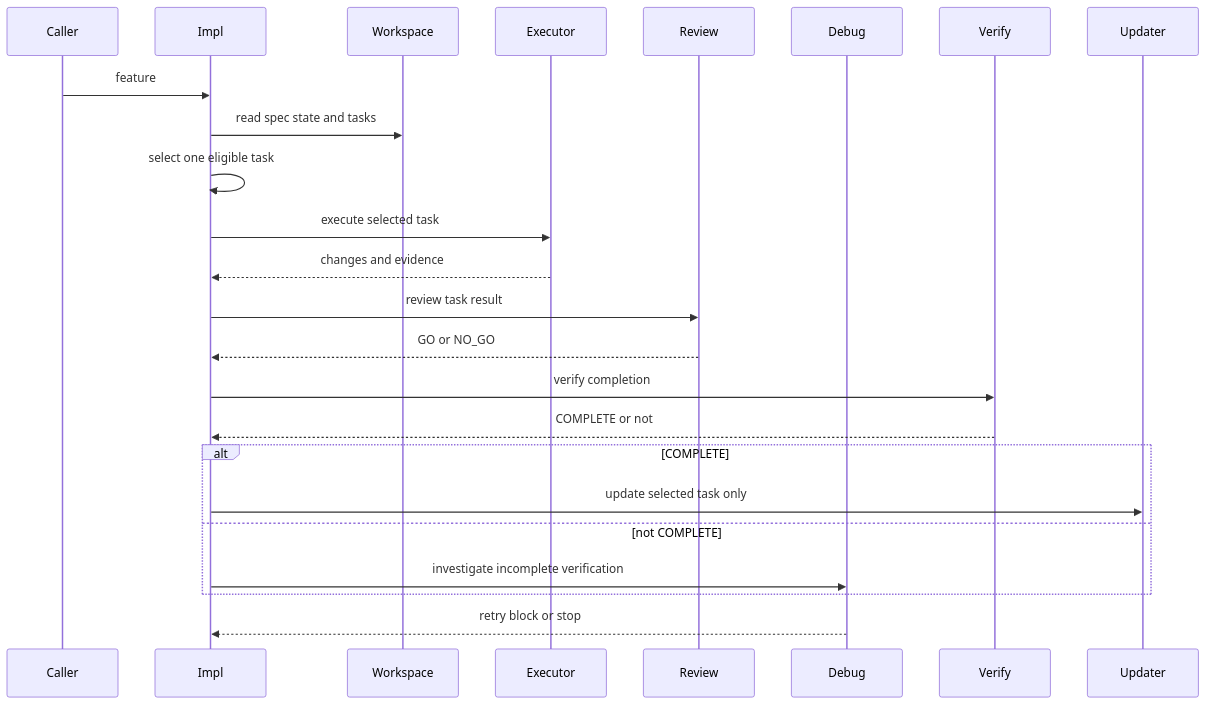
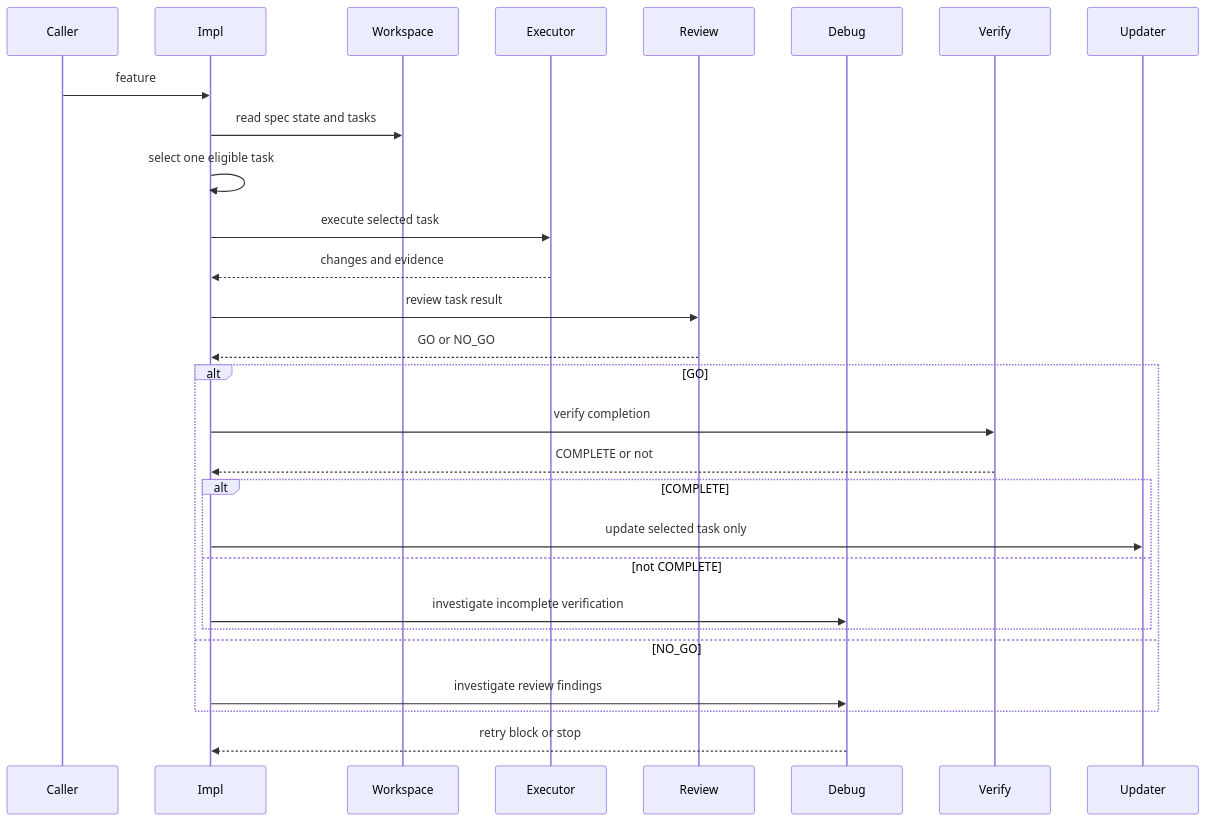
The second of 3 diagrams in .kiro/specs/kiro-iterative-implementation-workflow/design.md (j5ik2o/takt-sdd), drawn with Mermaid before and after one commit. The commit also changed 1 other file, not shown here.

Commit message:
fix(kiro-workflow-surface): align validation contracts

````diff
--- a/.kiro/specs/kiro-iterative-implementation-workflow/design.md
+++ b/.kiro/specs/kiro-iterative-implementation-workflow/design.md
@@ -195,26 +195,30 @@
 ```mermaid
 sequenceDiagram
     participant Caller
     participant Impl
     participant Workspace
     participant Executor
     participant Review
     participant Debug
     participant Verify
     participant Updater
     Caller->>Impl: feature
     Impl->>Workspace: read spec state and tasks
     Impl->>Impl: select one eligible task
     Impl->>Executor: execute selected task
     Executor-->>Impl: changes and evidence
     Impl->>Review: review task result
     Review-->>Impl: GO or NO_GO
-    Impl->>Verify: verify completion
-    Verify-->>Impl: COMPLETE or not
-    alt COMPLETE
-        Impl->>Updater: update selected task only
-    else not COMPLETE
-        Impl->>Debug: investigate incomplete verification
+    alt GO
+        Impl->>Verify: verify completion
+        Verify-->>Impl: COMPLETE or not
+        alt COMPLETE
+            Impl->>Updater: update selected task only
+        else not COMPLETE
+            Impl->>Debug: investigate incomplete verification
+        end
+    else NO_GO
+        Impl->>Debug: investigate review findings
     end
     Debug-->>Impl: retry block or stop
 ```
````
